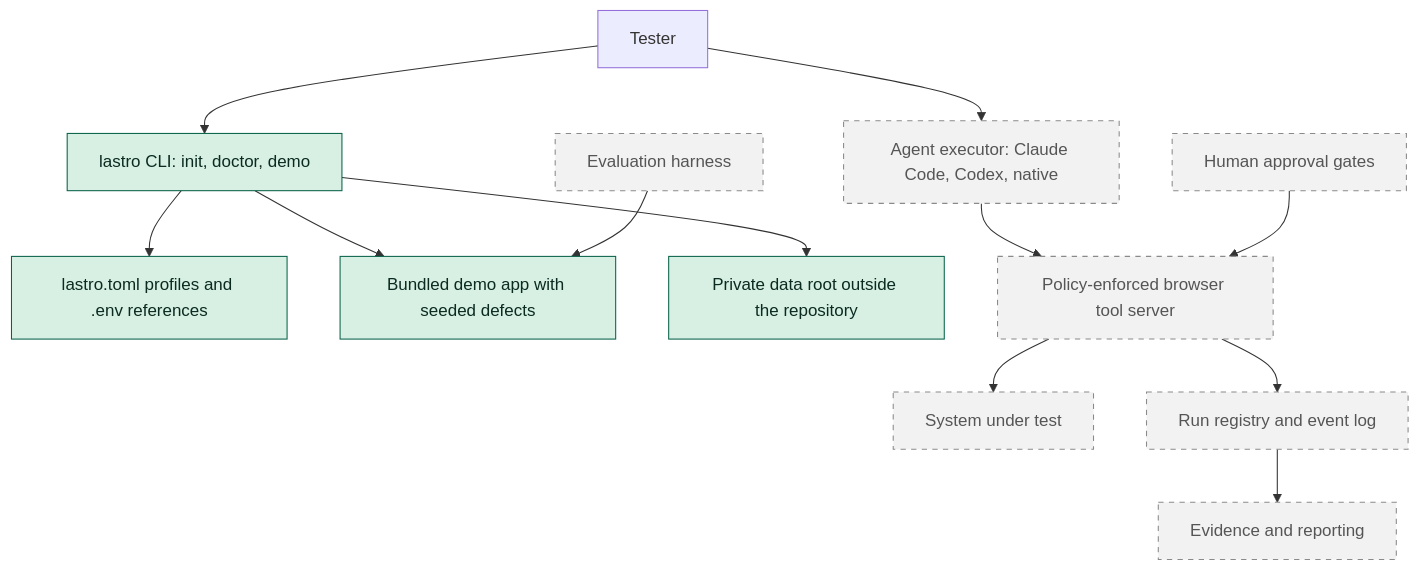
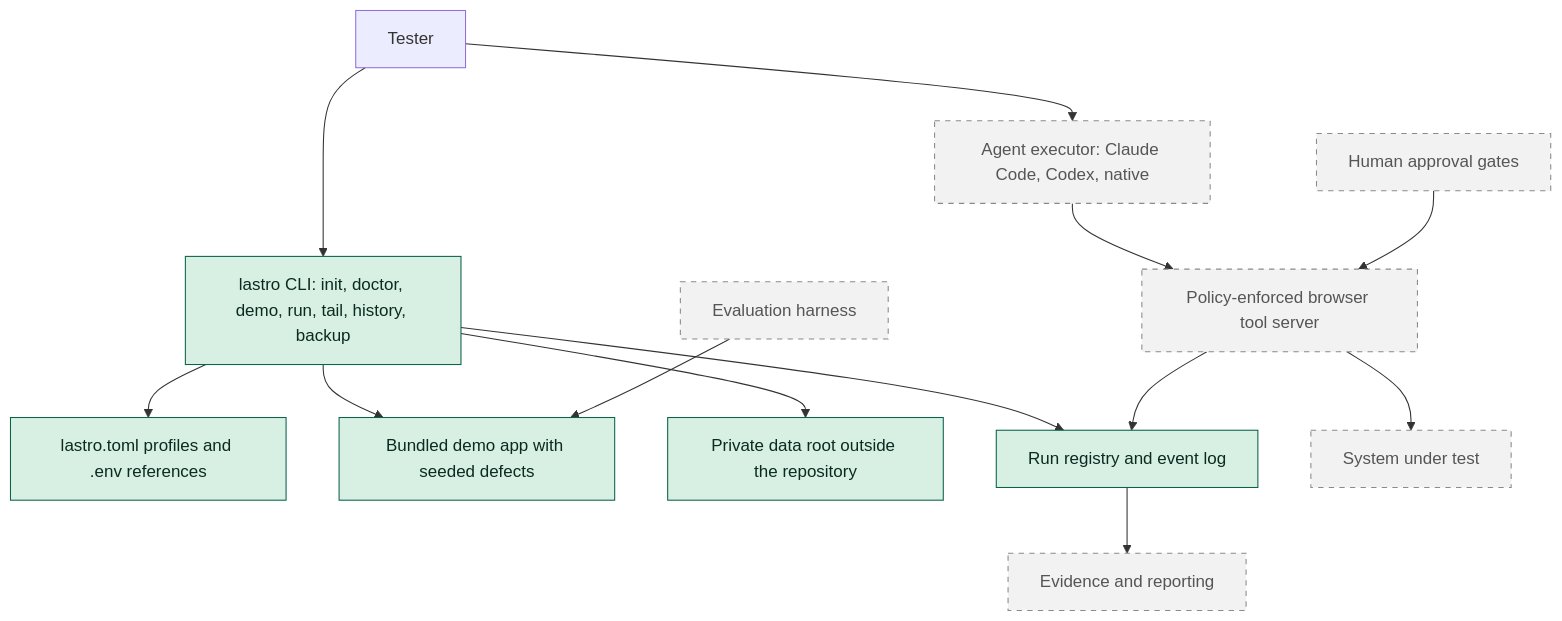
One commit to JoaoVictorVM/lastro changed the diagram in README.md. Above: the diagram before and after it, drawn with Mermaid. The commit also changed other lines of this file and 16 other files, not shown here.

Commit message:
feat(cli): adiciona run start, tail, history list e backup com restauração manual documentada

````diff
--- a/README.md
+++ b/README.md
@@ -44,20 +44,21 @@
 ```mermaid
 graph TD
     classDef implemented fill:#d7f0e3,stroke:#0b634a,color:#0b2a20
     classDef planned fill:#f2f2f2,stroke:#8a8a8a,color:#555555,stroke-dasharray: 5 5
 
-    Tester[Tester] --> CLI[lastro CLI: init, doctor, demo]
+    Tester[Tester] --> CLI[lastro CLI: init, doctor, demo, run, tail, history, backup]
     CLI --> Config[lastro.toml profiles and .env references]
     CLI --> Demo[Bundled demo app with seeded defects]
     CLI --> Root[Private data root outside the repository]
+    CLI --> Registry
     Tester --> Executor[Agent executor: Claude Code, Codex, native]
     Executor --> Tools[Policy-enforced browser tool server]
     Tools --> Target[System under test]
     Tools --> Registry[Run registry and event log]
     Registry --> Report[Evidence and reporting]
     Gates[Human approval gates] --> Tools
     Eval[Evaluation harness] --> Demo
 
-    class CLI,Config,Demo,Root implemented
-    class Executor,Tools,Target,Registry,Report,Gates,Eval planned
+    class CLI,Config,Demo,Root,Registry implemented
+    class Executor,Tools,Target,Report,Gates,Eval planned
 ```
````
